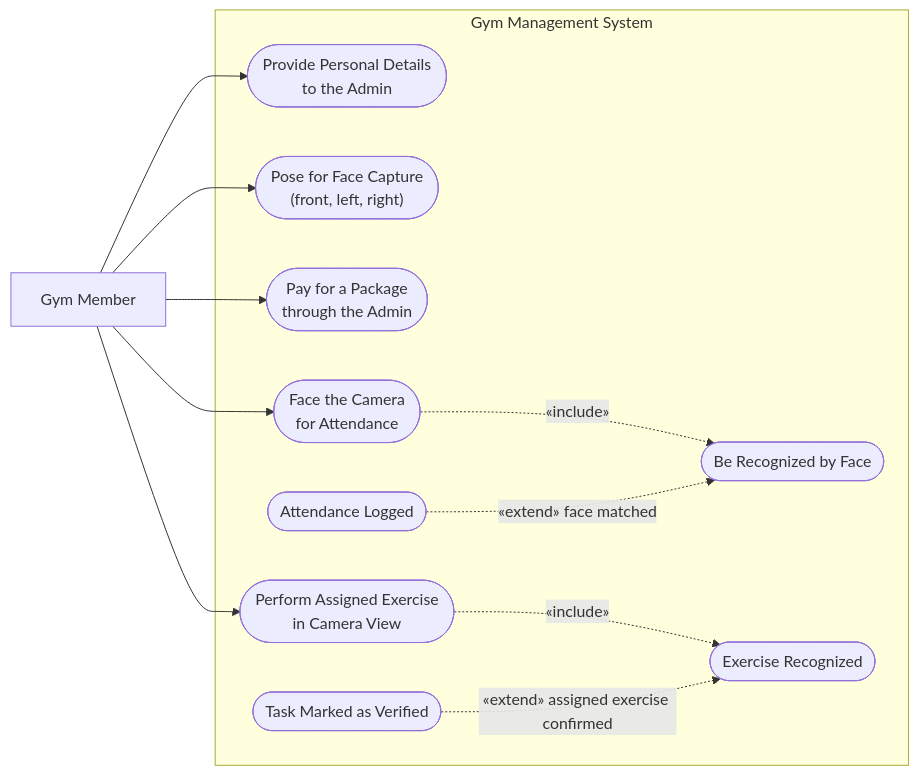
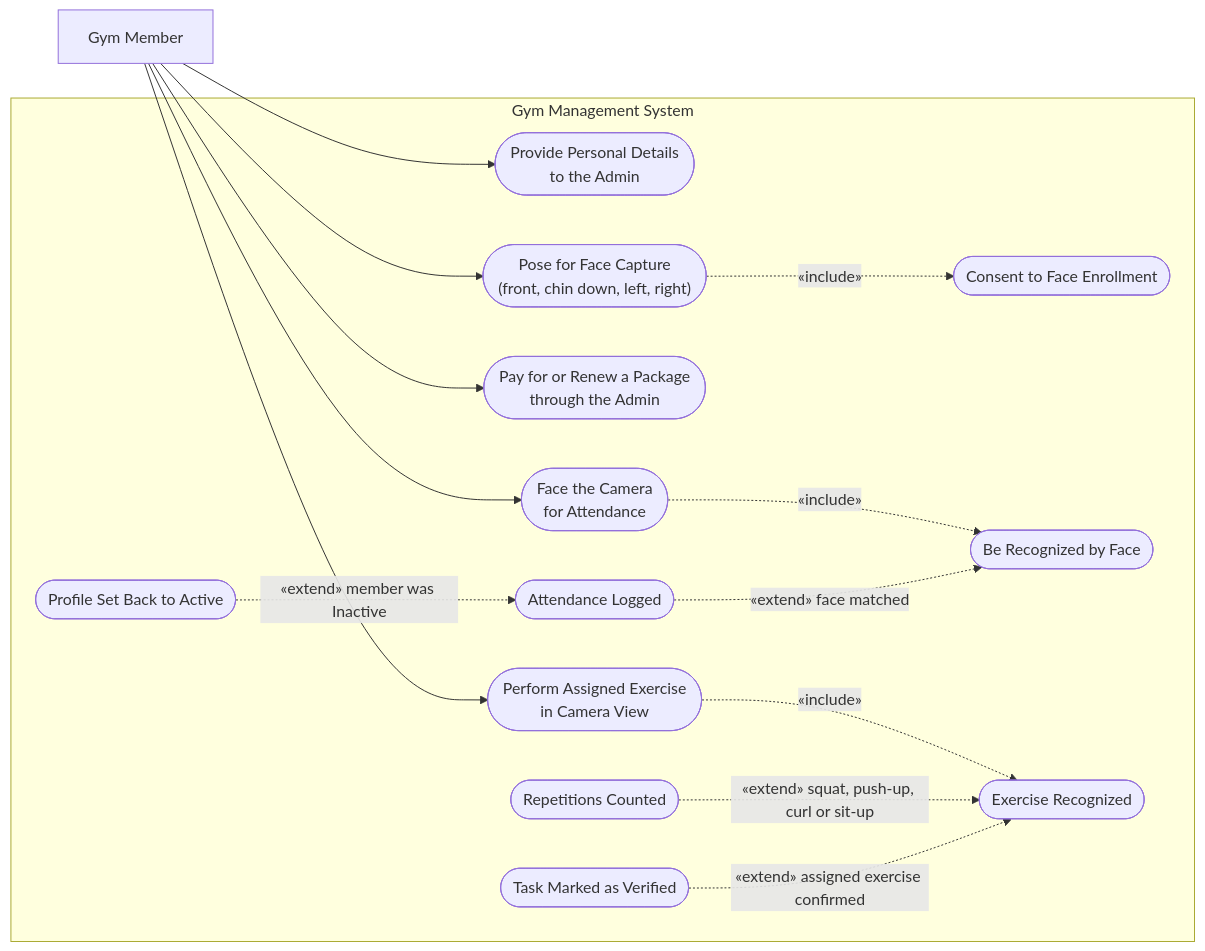
One commit to Plonteras191/GYM2-CAPSTONE changed the fourth of 4 diagrams in DOCUMENTATION/USECASE DIAGRAM/usecase.md. Above: the diagram before and after it, drawn with Mermaid. The commit also changed other lines of this file and 10 other files, not shown here.

First line of the commit message:
docs(diagrams): update the DOCUMENTATION diagram write-ups to the current system

````diff
--- a/DOCUMENTATION/USECASE DIAGRAM/usecase.md
+++ b/DOCUMENTATION/USECASE DIAGRAM/usecase.md
@@ -482,29 +475,35 @@
 ```mermaid
 flowchart LR
     Member["Gym Member"]
 
     subgraph Boundary ["Gym Management System"]
         Info(["Provide Personal Details<br/>to the Admin"])
-        FacePose(["Pose for Face Capture<br/>(front, left, right)"])
-        Pay(["Pay for a Package<br/>through the Admin"])
+        Consent(["Consent to Face Enrollment"])
+        FacePose(["Pose for Face Capture<br/>(front, chin down, left, right)"])
+        Pay(["Pay for or Renew a Package<br/>through the Admin"])
 
         Scan(["Face the Camera<br/>for Attendance"])
         Recog(["Be Recognized by Face"])
         Logged(["Attendance Logged"])
+        Reactivated(["Profile Set Back to Active"])
 
         Exercise(["Perform Assigned Exercise<br/>in Camera View"])
         ExRecog(["Exercise Recognized"])
+        Counted(["Repetitions Counted"])
         Verified(["Task Marked as Verified"])
 
+        FacePose -.->|"«include»"| Consent
         Scan -.->|"«include»"| Recog
         Logged -.->|"«extend» face matched"| Recog
+        Reactivated -.->|"«extend» member was Inactive"| Logged
         Exercise -.->|"«include»"| ExRecog
+        Counted -.->|"«extend» squat, push-up, curl or sit-up"| ExRecog
         Verified -.->|"«extend» assigned exercise confirmed"| ExRecog
     end
 
     Member --> Info
     Member --> FacePose
     Member --> Pay
     Member --> Scan
     Member --> Exercise
 ```
````
